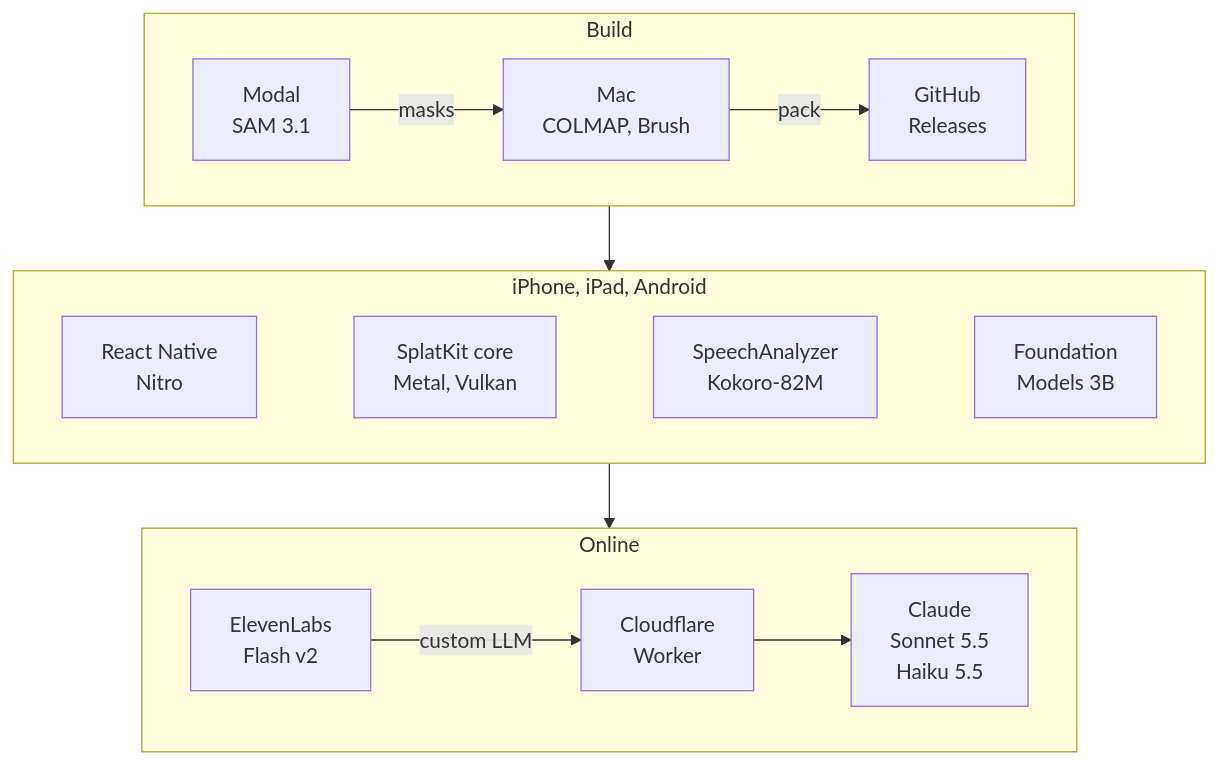
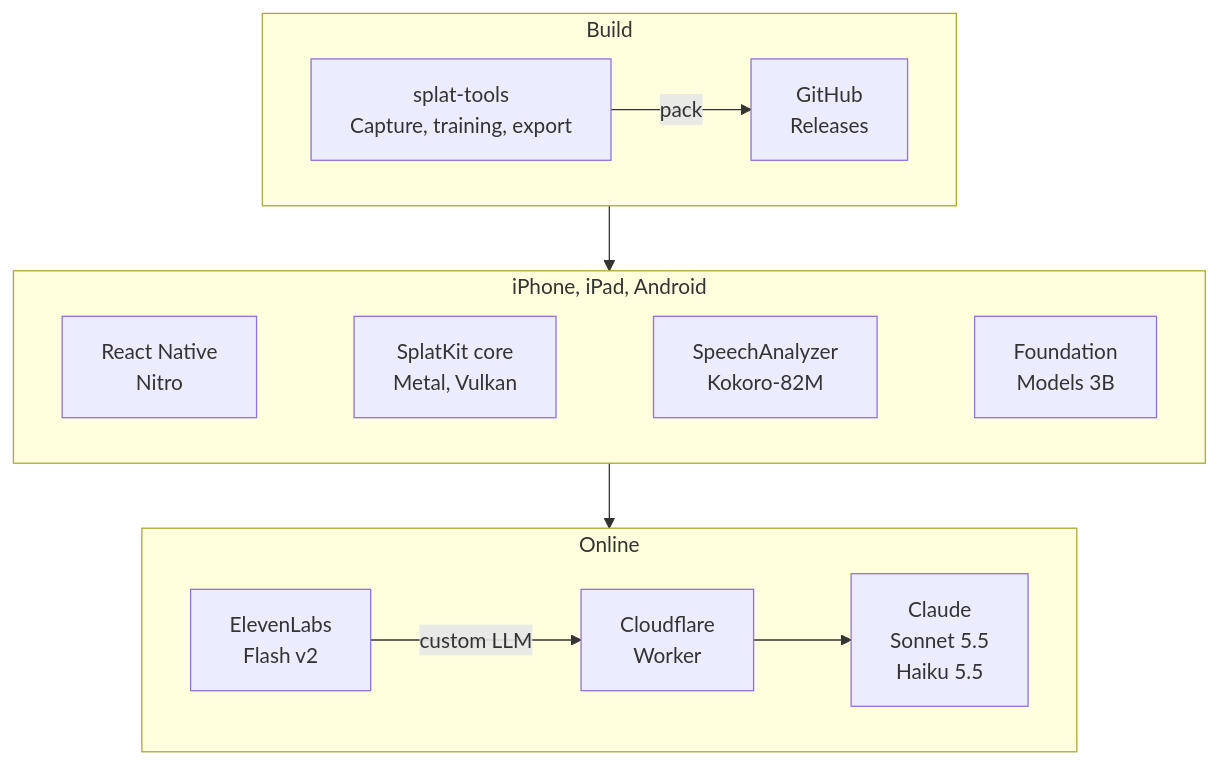
One commit to Xget7/splat-field-guide changed the first of 3 diagrams in README.md. Above: the diagram before and after it, drawn with Mermaid. The commit also changed other lines of this file and 42 other files, not shown here.

````diff
--- a/README.md
+++ b/README.md
@@ -16,19 +15,18 @@
 ```mermaid
 flowchart TB
   subgraph Build
     direction LR
-    modal["Modal<br/>SAM 3.1"] -->|"masks"| mac["Mac<br/>COLMAP, Brush"]
-    mac -->|"pack"| github["GitHub<br/>Releases"]
+    tools["splat-tools<br/>Capture, training, export"] -->|"pack"| github["GitHub<br/>Releases"]
   end
   subgraph Device["iPhone, iPad, Android"]
     direction LR
     app["React Native<br/>Nitro"] ~~~ splat["SplatKit core<br/>Metal, Vulkan"] ~~~ speech["SpeechAnalyzer<br/>Kokoro-82M"] ~~~ model["Foundation<br/>Models 3B"]
   end
   subgraph Online
     direction LR
     eleven["ElevenLabs<br/>Flash v2"] -->|"custom LLM"| worker["Cloudflare<br/>Worker"]
     worker --> claude["Claude<br/>Sonnet 5.5<br/>Haiku 5.5"]
   end
   Build --> Device
   Device --> Online
 ```
````
